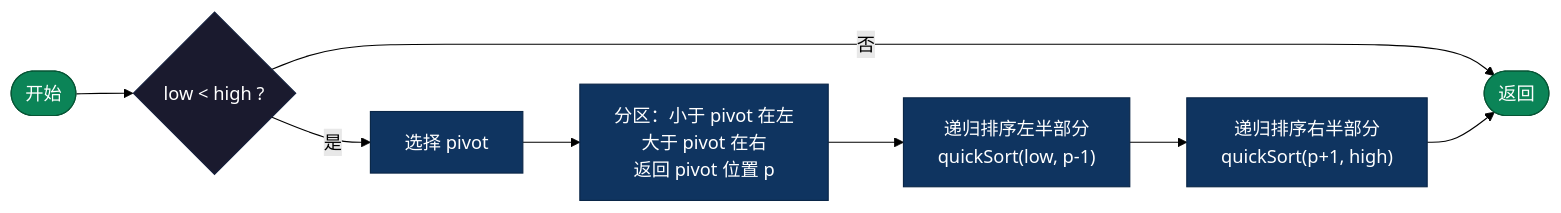
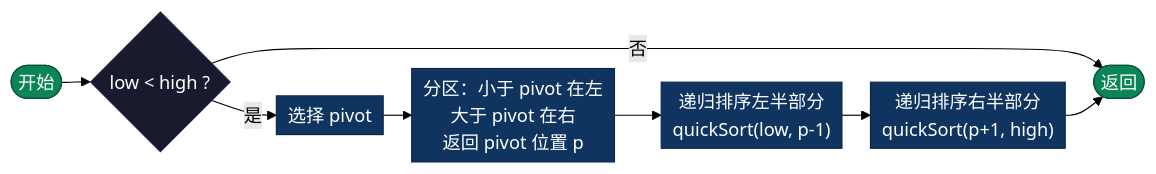
The ninth of 17 diagrams in sorting/README.md (microwind/algorithms), drawn with Mermaid (forest theme) before and after one commit. The commit also changed other lines of this file and 3 other files, not shown here.

````diff
--- a/sorting/README.md
+++ b/sorting/README.md
@@ -322,18 +331,19 @@
 ```mermaid
+%%{init: {'flowchart': {'nodeSpacing': 15, 'rankSpacing': 25, 'padding': 5}}}%%
 graph LR
     S(["开始"]) --> CHK{"low < high ?"}
     CHK -->|"否"| END(["返回"])
     CHK -->|"是"| PIVOT["选择 pivot"]
     PIVOT --> PART["分区：小于 pivot 在左<br/>大于 pivot 在右<br/>返回 pivot 位置 p"]
     PART --> LEFT["递归排序左半部分<br/>quickSort(low, p-1)"]
     LEFT --> RIGHT["递归排序右半部分<br/>quickSort(p+1, high)"]
     RIGHT --> END
 
     classDef start fill:#0b8457,color:#fff,stroke:#065535
     classDef decision fill:#1a1a2e,color:#fff,stroke:#16213e
     classDef process fill:#0f3460,color:#fff,stroke:#0a2647
 
     class S,END start
     class CHK decision
     class PIVOT,PART,LEFT,RIGHT process
 ```
````
